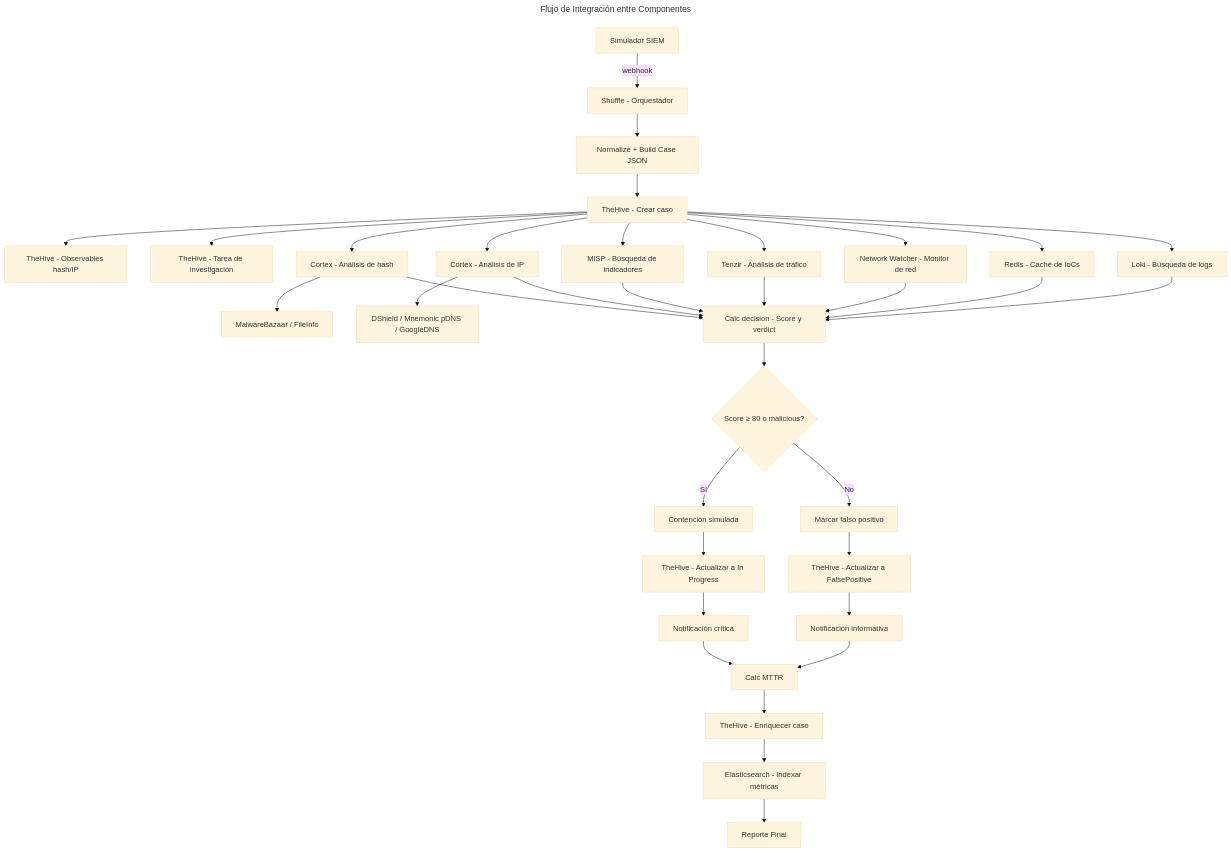
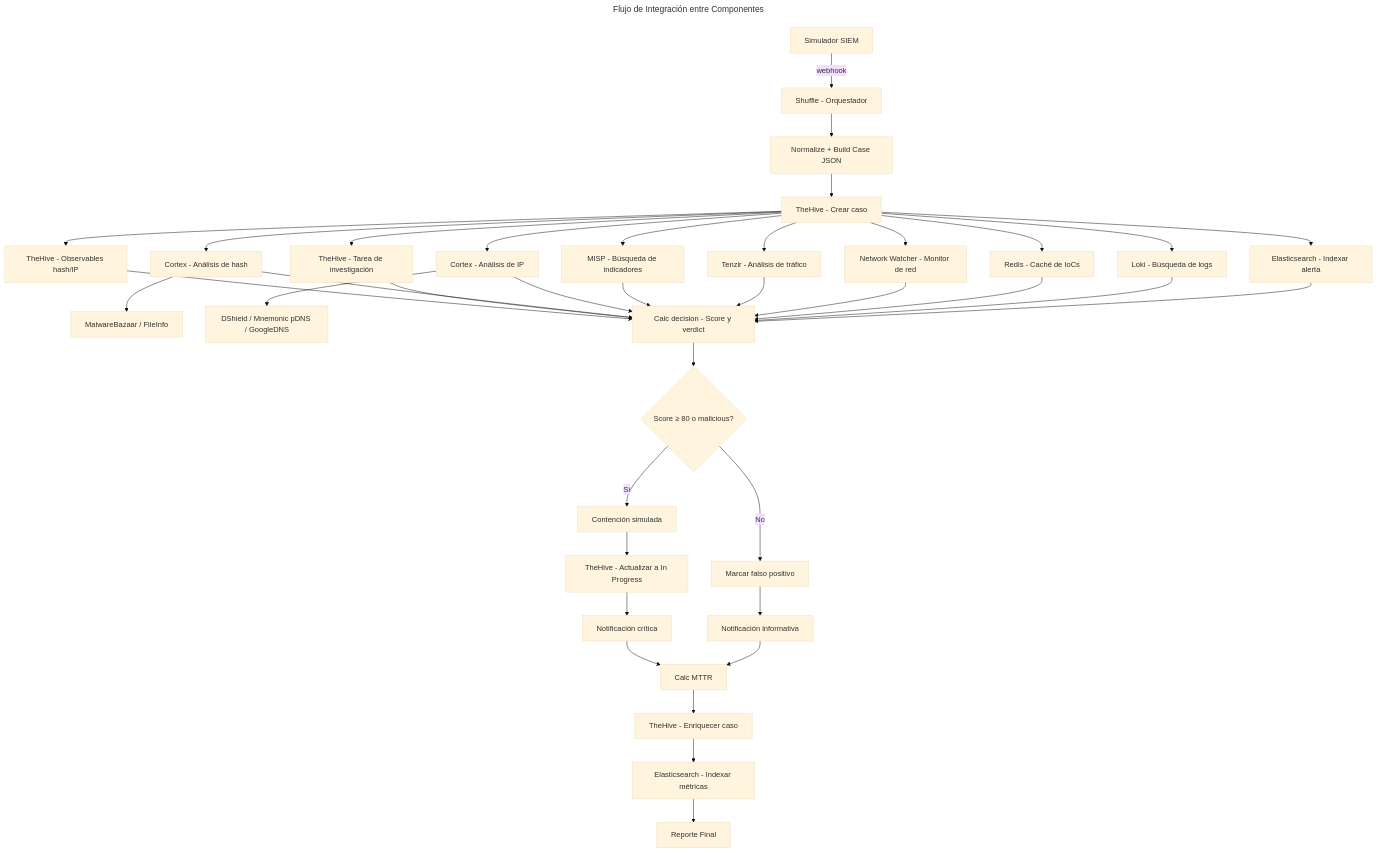
The fourth of 10 diagrams in docs/thesis/specific_development.md (alesanfe/soar-ransomware-lab), drawn with Mermaid (base theme) before and after one commit.

Commit message:
docs(thesis): corregir flechas restantes en Flujo de Integracion
Verificado contra las 60 ramas reales en build_branches():

1. Faltaban E->P y F->P: los observables (hash/IP) y la tarea tambien
   alimentan calc_decision (ACT_VERIFY_OBS_HASH/IP -> ACT_CALC_DECISION,
   ACT_VERIFY_TASK -> ACT_CALC_DECISION)

2. Nodo U inventado: no existe ACT_UPDATE_FALSEPOSITIVE. ACT_MARK_FP ya
   marca el caso como FalsePositive. Eliminado U, ahora S->W directo
   (coincide con rama real ACT_MARK_FP -> ACT_NOTIFY_INFO).

3. Faltaba flujo ES index: ACT_THEHIVE -> ACT_BUILD_ES_JSON -> ACT_ES ->
   ACT_VERIFY_ES -> ACT_CALC_DECISION. Anadido nodo ES con D->ES y
   ES->P (indexa la alerta en Elasticsearch).

````diff
--- a/docs/thesis/specific_development.md
+++ b/docs/thesis/specific_development.md
@@ -278,39 +278,42 @@
 ```mermaid
 ---
 title: Flujo de Integración entre Componentes
 ---
 graph TD
     A[Simulador SIEM] -->|webhook| B[Shuffle - Orquestador]
     B --> C[Normalize + Build Case JSON]
     C --> D[TheHive - Crear caso]
     D --> E[TheHive - Observables hash/IP]
     D --> F[TheHive - Tarea de investigación]
     D --> G[Cortex - Análisis de hash]
     D --> H[Cortex - Análisis de IP]
     G --> I[MalwareBazaar / FileInfo]
     H --> J[DShield / Mnemonic pDNS / GoogleDNS]
     D --> K[MISP - Búsqueda de indicadores]
     D --> L[Tenzir - Análisis de tráfico]
     D --> M[Network Watcher - Monitor de red]
     D --> N[Redis - Caché de IoCs]
     D --> O[Loki - Búsqueda de logs]
-    G --> P[Calc decision - Score y verdict]
+    D --> ES[Elasticsearch - Indexar alerta]
+    E --> P[Calc decision - Score y verdict]
+    F --> P
+    G --> P
     H --> P
     K --> P
     L --> P
     M --> P
     N --> P
     O --> P
+    ES --> P
     P --> Q{Score ≥ 80 o malicious?}
     Q -->|Sí| R[Contención simulada]
     Q -->|No| S[Marcar falso positivo]
     R --> T[TheHive - Actualizar a In Progress]
-    S --> U[TheHive - Actualizar a FalsePositive]
     T --> V[Notificación crítica]
-    U --> W[Notificación informativa]
+    S --> W[Notificación informativa]
     V --> Y[Calc MTTR]
     W --> Y
     Y --> X[TheHive - Enriquecer caso]
     X --> Z[Elasticsearch - Indexar métricas]
     Z --> AA[Reporte Final]
 ```
````
